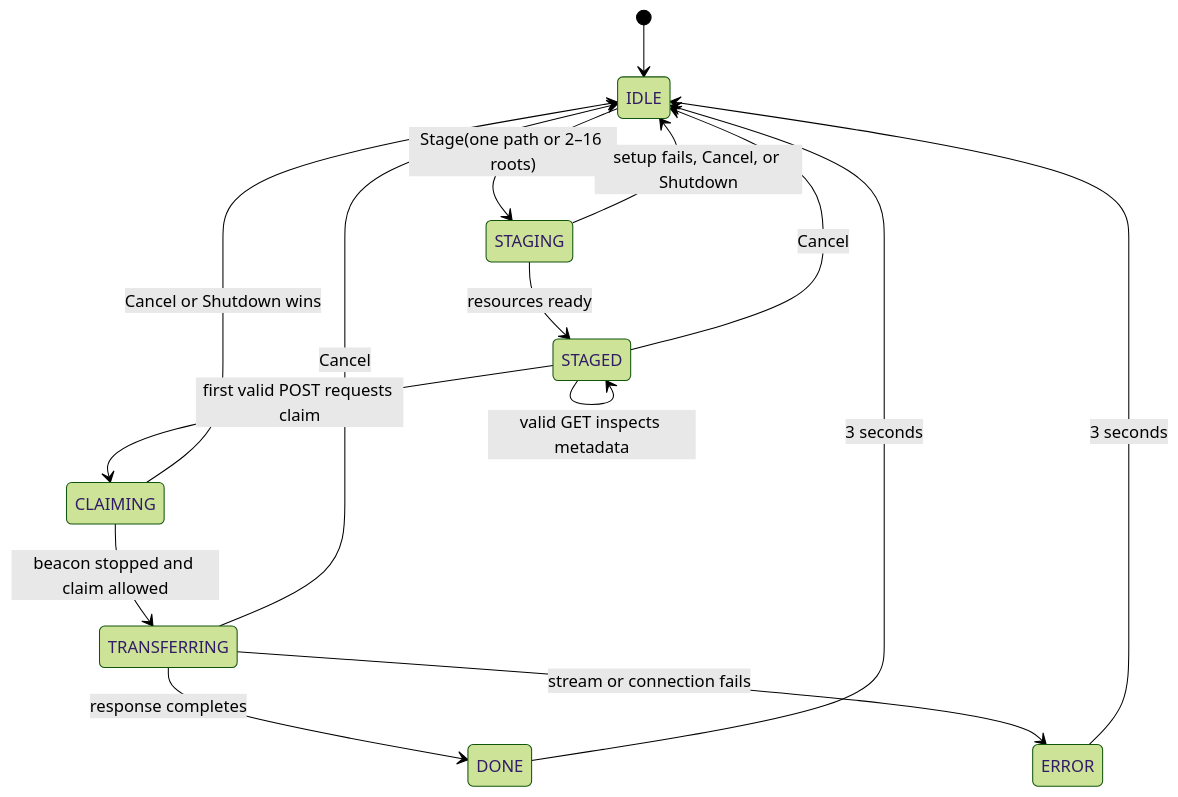
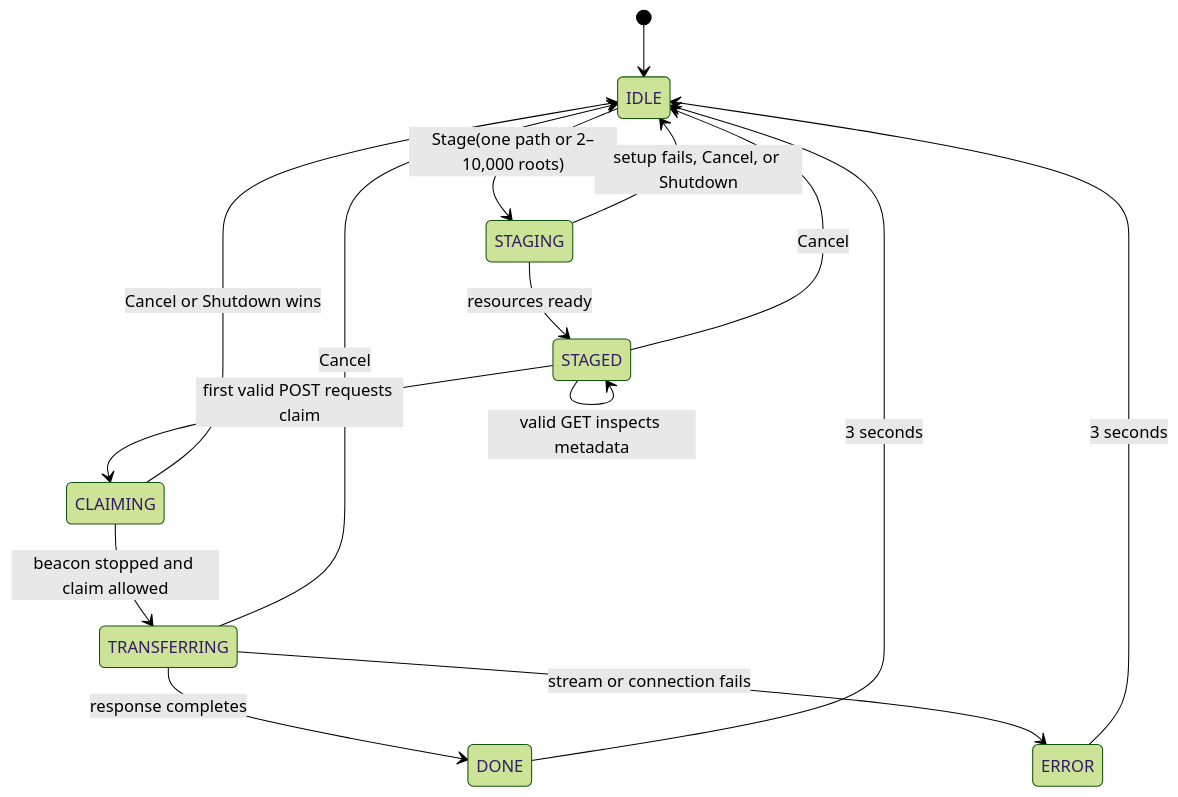
The second of 3 diagrams in _bmad-output/planning-artifacts/architecture/architecture-FairDrop-2026-08-22/ARCHITECTURE-SPINE.md (jaeson-sandbox/FairDrop), drawn with Mermaid (forest theme) before and after one commit. The commit also changed other lines of this file and 164 other files, not shown here.

````diff
--- a/_bmad-output/planning-artifacts/architecture/architecture-FairDrop-2026-08-22/ARCHITECTURE-SPINE.md
+++ b/_bmad-output/planning-artifacts/architecture/architecture-FairDrop-2026-08-22/ARCHITECTURE-SPINE.md
@@ -65,17 +65,17 @@
 ```mermaid
 stateDiagram-v2
     [*] --> IDLE
-    IDLE --> STAGING: Stage(one path or 2–16 roots)
+    IDLE --> STAGING: Stage(one path or 2–10,000 roots)
     STAGING --> STAGED: resources ready
     STAGING --> IDLE: setup fails, Cancel, or Shutdown
     STAGED --> STAGED: valid GET inspects metadata
     STAGED --> CLAIMING: first valid POST requests claim
     CLAIMING --> TRANSFERRING: beacon stopped and claim allowed
     CLAIMING --> IDLE: Cancel or Shutdown wins
     STAGED --> IDLE: Cancel
     TRANSFERRING --> DONE: response completes
     TRANSFERRING --> ERROR: stream or connection fails
     TRANSFERRING --> IDLE: Cancel
     DONE --> IDLE: 3 seconds
     ERROR --> IDLE: 3 seconds
 ```
````
